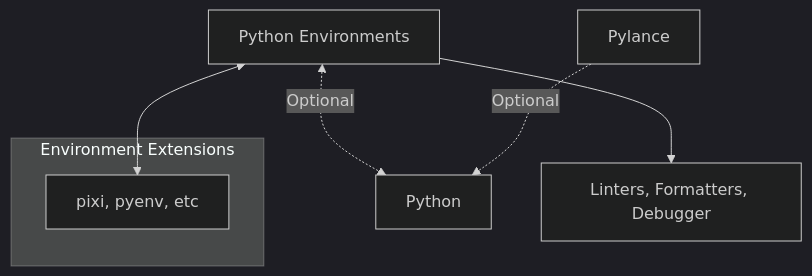
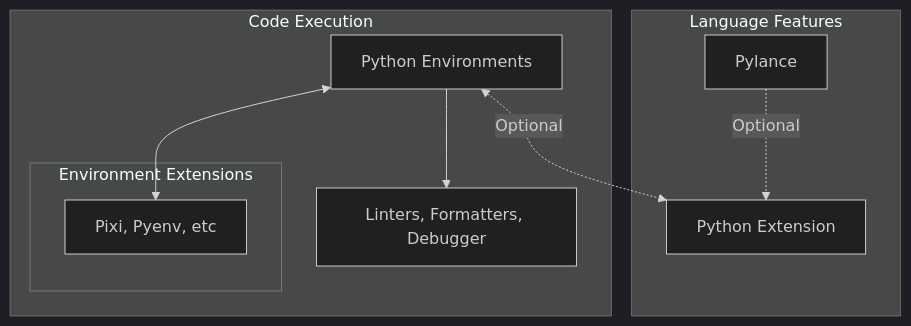
The first of 2 diagrams in README.md (microsoft/vscode-python-environments), drawn with Mermaid (dark theme) before and after one commit. The commit also changed other lines of this file, not shown here.

````diff
--- a/README.md
+++ b/README.md
@@ -63,13 +72,19 @@
 ```mermaid
 graph TD
+    subgraph Language Features
+    B[Python Extension]
+    E[Pylance]
+    end
+
+    subgraph Code Execution
     A[Python Environments] <-. Optional .-> B
-    B[Python]
     C["Linters, Formatters, Debugger"]
-    E[Pylance] -. Optional .-> B
+    E -. Optional .-> B
     A --> C
     A <--> P
 
     subgraph Environment Extensions
-    P["pixi, pyenv, etc"]
+    P["Pixi, Pyenv, etc"]
+    end
     end
 ```
````
